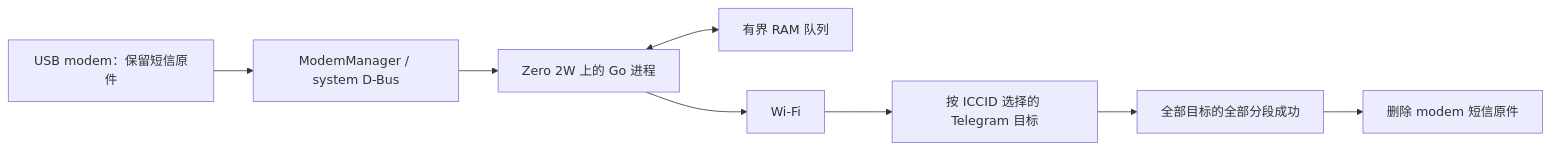
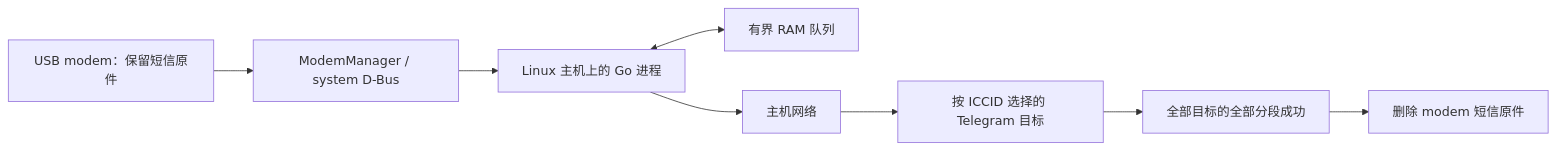
One commit to samuelncui/djisimbox changed the diagram in .agents/architecture.md. Above: the diagram before and after it, drawn with Mermaid. The commit also changed other lines of this file and 17 other files, not shown here.

````diff
--- a/.agents/architecture.md
+++ b/.agents/architecture.md
@@ -5,8 +5,8 @@
 ```mermaid
 flowchart LR
     M["USB modem：保留短信原件"] --> MM["ModemManager / system D-Bus"]
-    MM --> A["Zero 2W 上的 Go 进程"]
+    MM --> A["Linux 主机上的 Go 进程"]
     A <--> Q["有界 RAM 队列"]
-    A --> W["Wi-Fi"] --> T["按 ICCID 选择的 Telegram 目标"]
+    A --> W["主机网络"] --> T["按 ICCID 选择的 Telegram 目标"]
     T --> ACK["全部目标的全部分段成功"] --> D["删除 modem 短信原件"]
 ```
````
